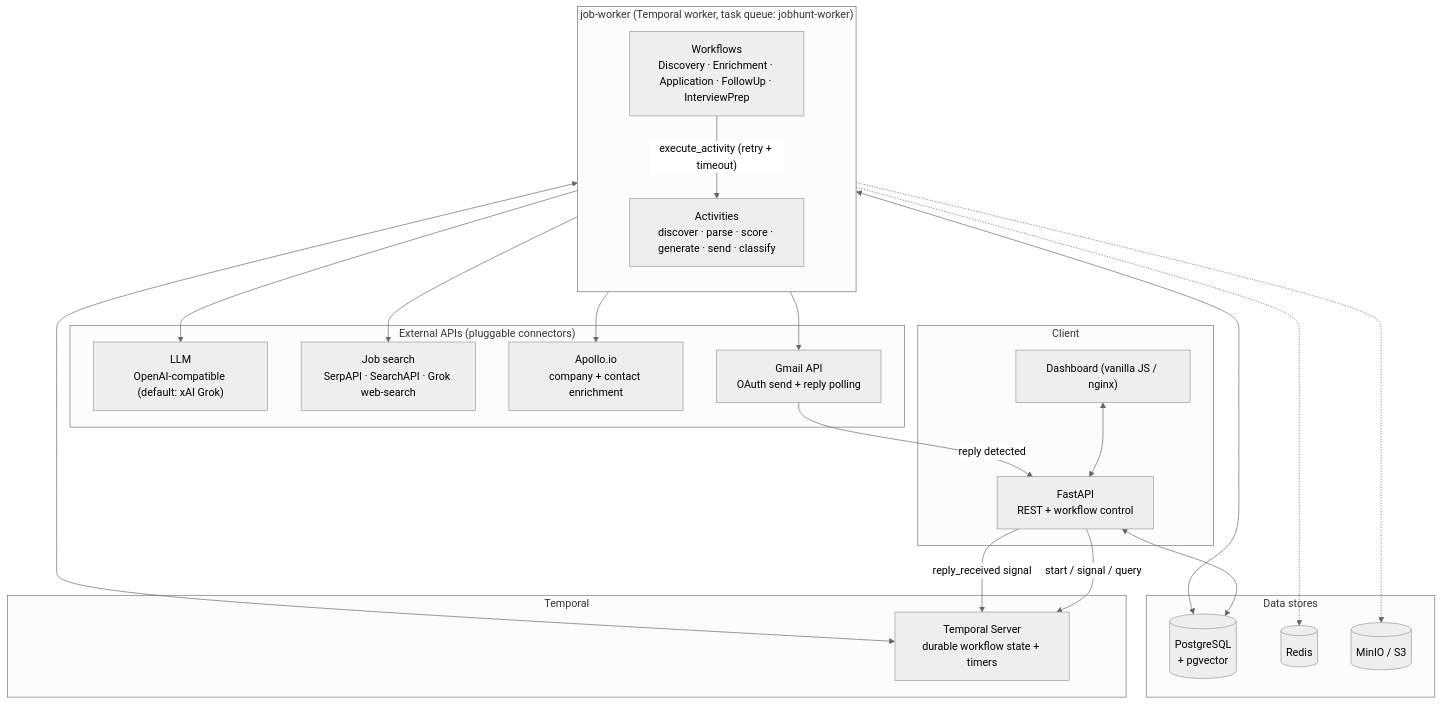
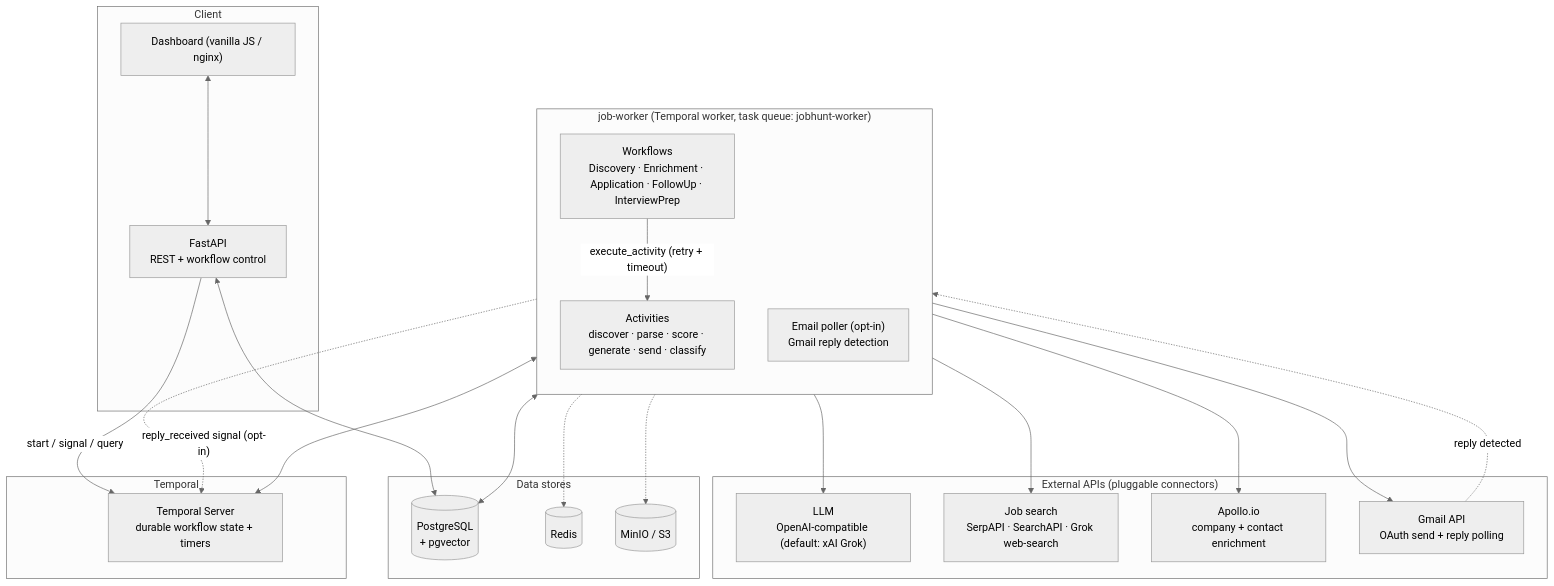
One commit to joshs444/temporal-agentic-application-pipeline changed the first of 2 diagrams in README.md. Above: the diagram before and after it, drawn with Mermaid (neutral theme). The commit also changed other lines of this file and 12 other files, not shown here.

First line of the commit message:
Wire the approval gate, reply signal, and dashboard API to their real targets (+ workflow tests)

````diff
--- a/README.md
+++ b/README.md
@@ -27,42 +27,43 @@
 ```mermaid
 flowchart TB
     subgraph client["Client"]
         UI["Dashboard (vanilla JS / nginx)"]
         API["FastAPI<br/>REST + workflow control"]
     end
 
     subgraph temporal["Temporal"]
         TS["Temporal Server<br/>durable workflow state + timers"]
     end
 
     subgraph worker["job-worker (Temporal worker, task queue: jobhunt-worker)"]
         direction TB
         WF["Workflows<br/>Discovery · Enrichment · Application · FollowUp · InterviewPrep"]
         ACT["Activities<br/>discover · parse · score · generate · send · classify"]
+        POLLER["Email poller (opt-in)<br/>Gmail reply detection"]
     end
 
     subgraph ext["External APIs (pluggable connectors)"]
         LLM["LLM<br/>OpenAI-compatible (default: xAI Grok)"]
         SEARCH["Job search<br/>SerpAPI · SearchAPI · Grok web-search"]
         APOLLO["Apollo.io<br/>company + contact enrichment"]
         GMAIL["Gmail API<br/>OAuth send + reply polling"]
     end
 
     subgraph data["Data stores"]
         PG[("PostgreSQL<br/>+ pgvector")]
         REDIS[("Redis")]
         MINIO[("MinIO / S3")]
     end
 
     UI <--> API
     API -- "start / signal / query" --> TS
     TS <--> WF
     WF -- "execute_activity (retry + timeout)" --> ACT
     ACT --> LLM & SEARCH & APOLLO & GMAIL
     ACT <--> PG
     API <--> PG
     ACT -.-> REDIS
     ACT -.-> MINIO
-    GMAIL -- "reply detected" --> API
-    API -- "reply_received signal" --> TS
+    GMAIL -. "reply detected" .-> POLLER
+    POLLER -. "reply_received signal (opt-in)" .-> TS
 ```
````
